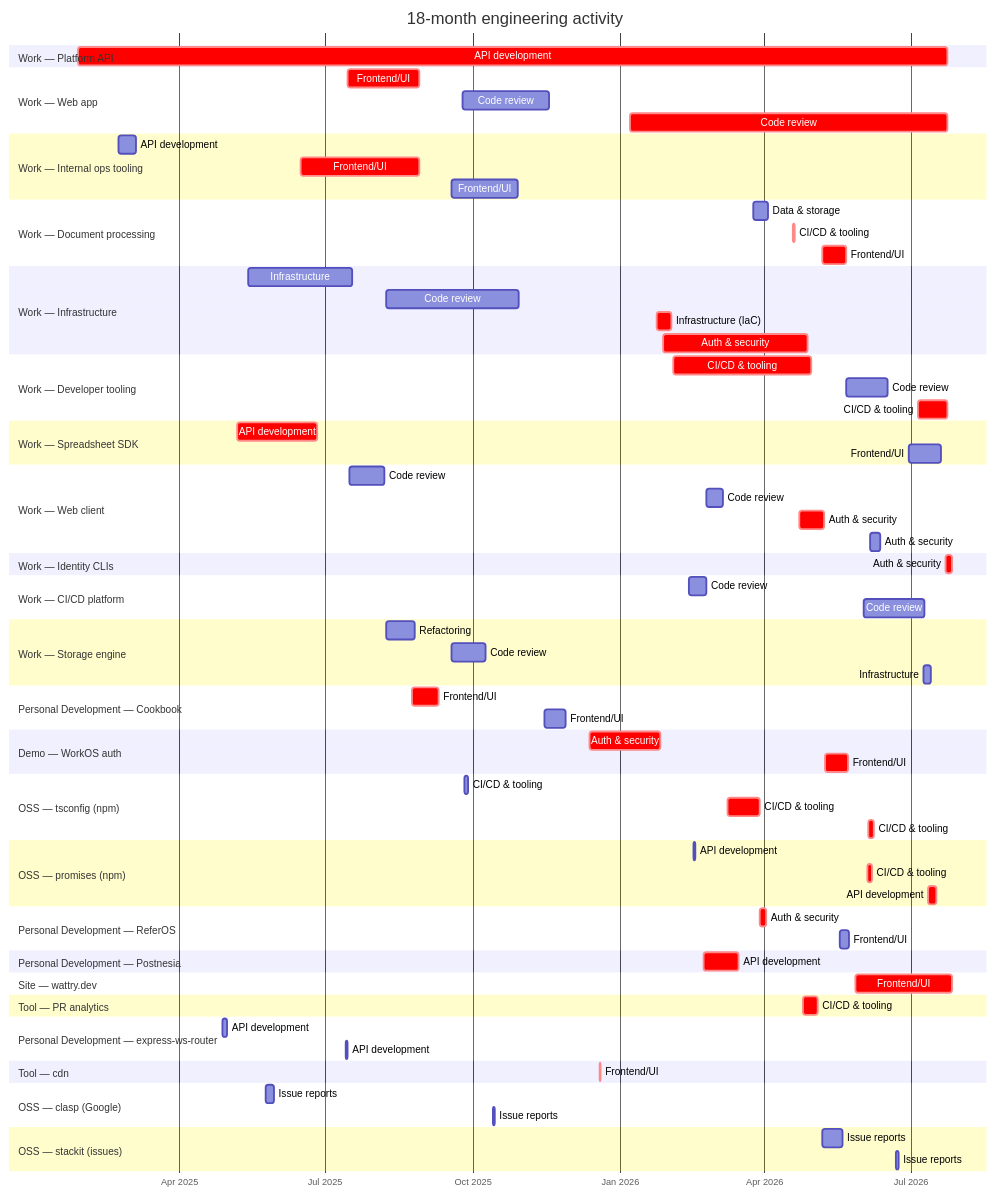
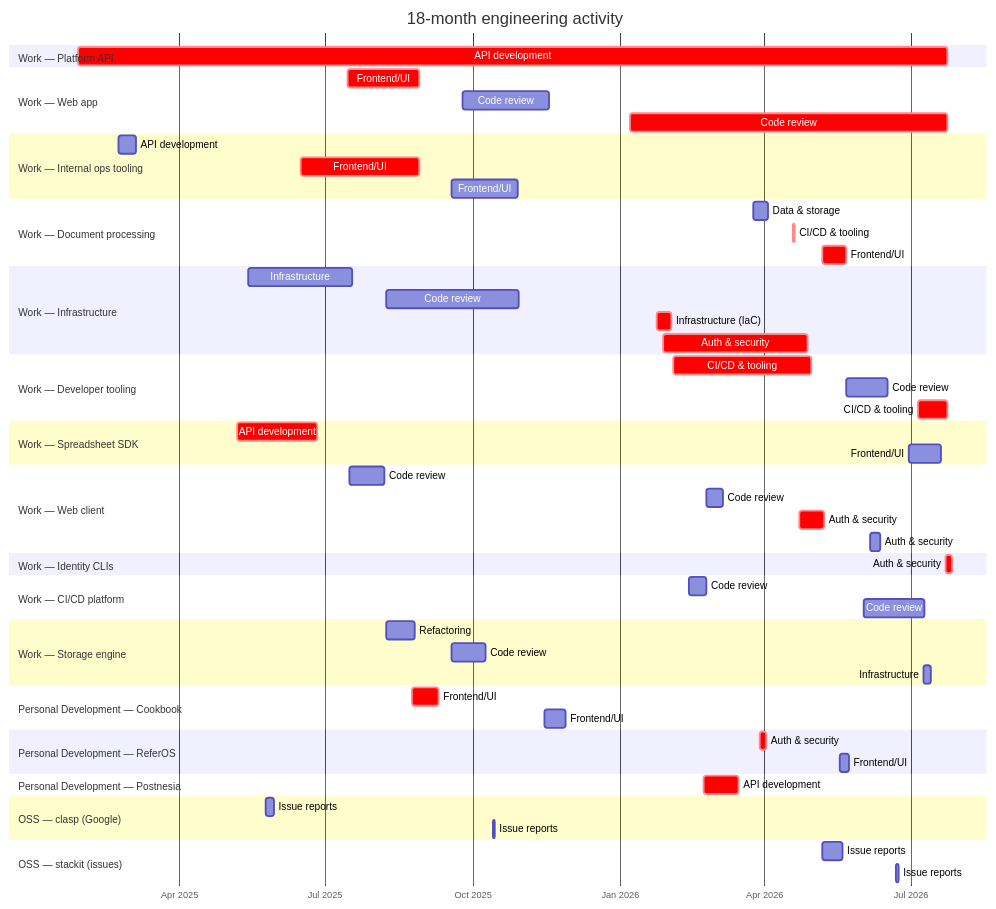
One commit to wattry/wattry.dev changed the diagram in src/work/2026-07-27-public-gantt.mmd. Above: the diagram before and after it, drawn with Mermaid. The commit also changed 2 other files, not shown here.

Commit message:
fix: exclude all wattry repos from public gantt

```diff
--- a/src/work/2026-07-27-public-gantt.mmd
+++ b/src/work/2026-07-27-public-gantt.mmd
@@ -1,101 +1,74 @@
 gantt
     title 18-month engineering activity
     dateFormat YYYY-MM-DD
     axisFormat %b %Y
 
     section Work — Platform API
     API development            :crit, a1, 2025-01-28, 2026-07-24
 
     section Work — Web app
     Frontend/UI                :crit, b1, 2025-07-15, 2025-08-29
     Code review                :b2, 2025-09-25, 2025-11-18
     Code review                :crit, b3, 2026-01-07, 2026-07-24
 
     section Work — Internal ops tooling
     API development            :c1, 2025-02-22, 2025-03-05
     Frontend/UI                :crit, c2, 2025-06-16, 2025-08-29
     Frontend/UI                :c3, 2025-09-18, 2025-10-29
 
     section Work — Document processing
     Data & storage             :d1, 2026-03-25, 2026-04-03
     CI/CD & tooling            :crit, d2, 2026-04-19, 2026-04-20
     Frontend/UI                :crit, d3, 2026-05-07, 2026-05-22
 
     section Work — Infrastructure
     Infrastructure             :e1, 2025-05-14, 2025-07-18
     Code review                :e2, 2025-08-08, 2025-10-30
     Infrastructure (IaC)       :crit, e3, 2026-01-24, 2026-02-02
     Auth & security            :crit, e4, 2026-01-28, 2026-04-28
 
     section Work — Developer tooling
     CI/CD & tooling            :crit, f1, 2026-02-03, 2026-04-30
     Code review                :f2, 2026-05-22, 2026-06-17
     CI/CD & tooling            :crit, f3, 2026-07-06, 2026-07-24
 
     section Work — Spreadsheet SDK
     API development            :crit, g1, 2025-05-07, 2025-06-26
     Frontend/UI                :g2, 2026-06-30, 2026-07-20
 
     section Work — Web client
     Code review                :h1, 2025-07-16, 2025-08-07
     Code review                :h2, 2026-02-24, 2026-03-06
     Auth & security            :crit, h3, 2026-04-23, 2026-05-08
     Auth & security            :h4, 2026-06-06, 2026-06-12
 
     section Work — Identity CLIs
     Auth & security            :crit, i1, 2026-07-23, 2026-07-27
 
     section Work — CI/CD platform
     Code review                :j1, 2026-02-13, 2026-02-24
     Code review                :j2, 2026-06-02, 2026-07-10
 
     section Work — Storage engine
     Refactoring                :k1, 2025-08-08, 2025-08-26
     Code review                :k2, 2025-09-18, 2025-10-09
     Infrastructure             :k3, 2026-07-09, 2026-07-14
 
     section Personal Development — Cookbook
     Frontend/UI                :crit, l1, 2025-08-24, 2025-09-10
     Frontend/UI                :l2, 2025-11-15, 2025-11-28
 
-    section Demo — WorkOS auth
-    Auth & security            :crit, m1, 2025-12-13, 2026-01-26
-    Frontend/UI                :crit, m2, 2026-05-09, 2026-05-23
-
-    section OSS — tsconfig (npm)
-    CI/CD & tooling            :n1, 2025-09-26, 2025-09-28
-    CI/CD & tooling            :crit, n2, 2026-03-09, 2026-03-29
-    CI/CD & tooling            :crit, n3, 2026-06-05, 2026-06-08
-
-    section OSS — promises (npm)
-    API development            :o1, 2026-02-16, 2026-02-17
-    CI/CD & tooling            :crit, o2, 2026-06-04, 2026-06-07
-    API development            :crit, o3, 2026-07-12, 2026-07-17
-
     section Personal Development — ReferOS
     Auth & security            :crit, p1, 2026-03-29, 2026-04-02
     Frontend/UI                :p2, 2026-05-18, 2026-05-24
 
     section Personal Development — Postnesia
     API development            :crit, q1, 2026-02-22, 2026-03-16
-
-    section Site — wattry.dev
-    Frontend/UI                :crit, r1, 2026-05-28, 2026-07-27
-
-    section Tool — PR analytics
-    CI/CD & tooling            :crit, s1, 2026-04-25, 2026-05-04
-
-    section Personal Development — express-ws-router
-    API development            :t1, 2025-04-28, 2025-05-01
-    API development            :t2, 2025-07-14, 2025-07-15
-
-    section Tool — cdn
-    Frontend/UI                :crit, u1, 2025-12-19, 2025-12-20
 
     section OSS — clasp (Google)
     Issue reports              :v1, 2025-05-25, 2025-05-30
     Issue reports              :v2, 2025-10-14, 1d
 
     section OSS — stackit (issues)
     Issue reports              :w1, 2026-05-07, 2026-05-20
     Issue reports              :w2, 2026-06-22, 2026-06-24
```
